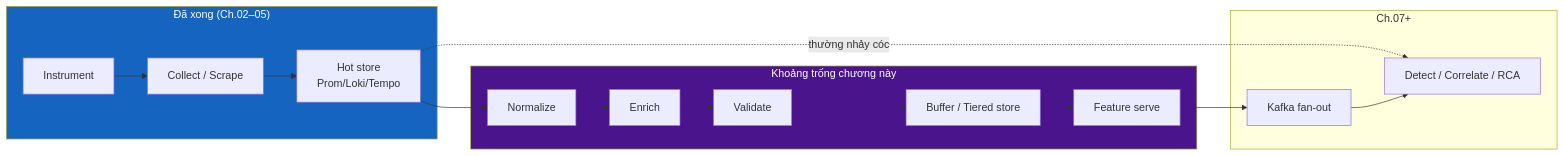
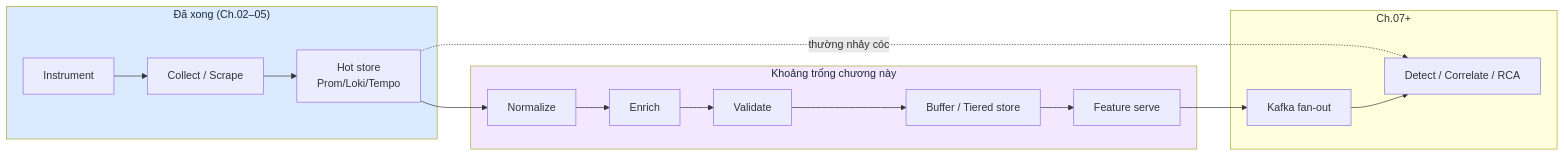
The first of 16 diagrams in docs/vi/06-data-plane/README.vi.md (XUanhoa04/aiops-engineering-handbook), drawn with Mermaid before and after one commit. The commit also changed other lines of this file and 39 other files, not shown here.

First line of the commit message:
docs: concept-first Ch.08-12, collapse code, soft Mermaid colors

````diff
--- a/docs/vi/06-data-plane/README.vi.md
+++ b/docs/vi/06-data-plane/README.vi.md
@@ -94,28 +94,28 @@
 ```mermaid
 flowchart LR
     subgraph DONE["Đã xong (Ch.02–05)"]
         A[Instrument]
         B[Collect / Scrape]
         C[Hot store<br/>Prom/Loki/Tempo]
     end
 
     subgraph GAP["Khoảng trống chương này"]
         D[Normalize]
         E[Enrich]
         F[Validate]
         G[Buffer / Tiered store]
         H[Feature serve]
     end
 
     subgraph NEXT["Ch.07+"]
         I[Kafka fan-out]
         J[Detect / Correlate / RCA]
     end
 
     A --> B --> C
     C -.->|thường nhảy cóc| J
     C --> D --> E --> F --> G --> H --> I --> J
 
-    style GAP fill:#4a148c,color:#fff
-    style DONE fill:#1565c0,color:#fff
+    style GAP fill:#f3e8ff,color:#1e293b
+    style DONE fill:#dbeafe,color:#1e293b
 ```
````
